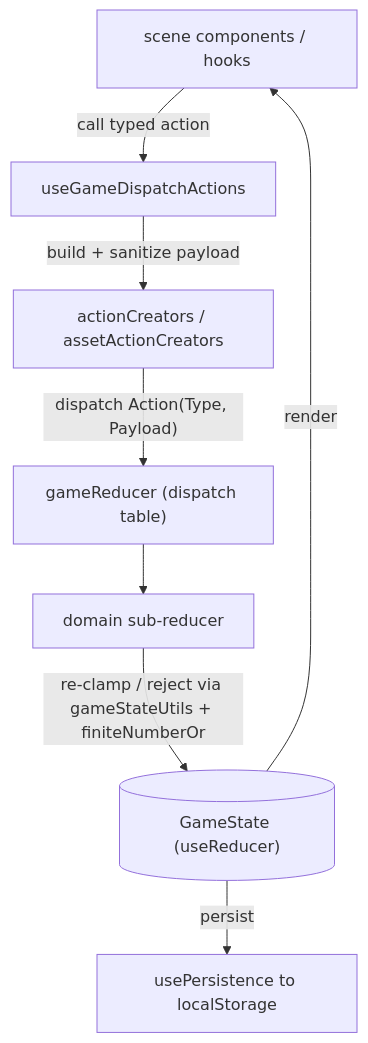
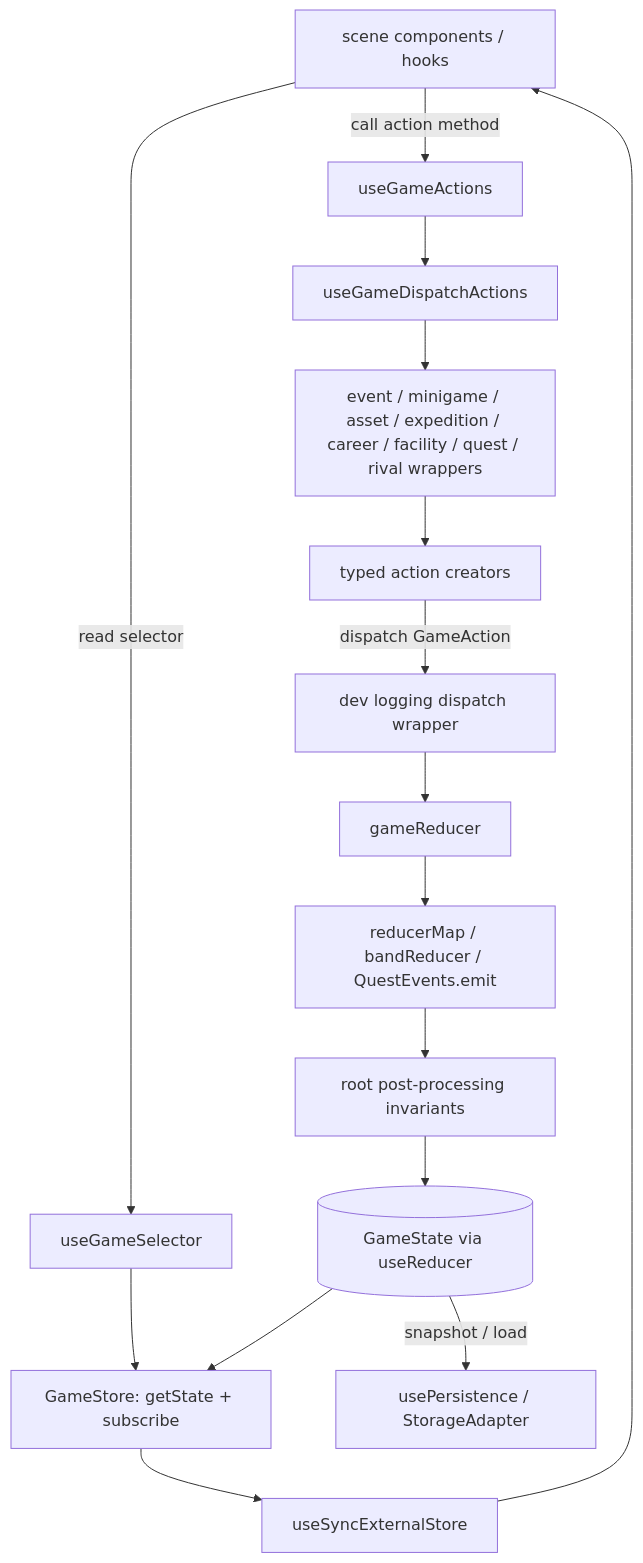
One commit to DaFum/neurotoxic-game changed the third of 3 diagrams in docs/state-machine.md. Above: the diagram before and after it, drawn with Mermaid. The commit also changed other lines of this file, not shown here.

Commit message:
docs: refresh state machine reference for expedition architecture

````diff
--- a/docs/state-machine.md
+++ b/docs/state-machine.md
@@ -72,10 +129,22 @@
 ```mermaid
 flowchart TD
-  UI["scene components / hooks"] -->|"call typed action"| DA["useGameDispatchActions"]
-  DA -->|"build + sanitize payload"| AC["actionCreators / assetActionCreators"]
-  AC -->|"dispatch Action(Type, Payload)"| RD["gameReducer (dispatch table)"]
-  RD --> SUB["domain sub-reducer"]
-  SUB -->|"re-clamp / reject via gameStateUtils + finiteNumberOr"| ST[("GameState (useReducer)")]
-  ST -->|"persist"| PS["usePersistence to localStorage"]
-  ST -->|"render"| UI
+  UI["scene components / hooks"]
+
+  UI -->|"read selector"| SEL["useGameSelector"]
+  SEL --> GS["GameStore: getState + subscribe"]
+  GS --> USS["useSyncExternalStore"]
+  USS --> UI
+
+  UI -->|"call action method"| GA["useGameActions"]
+  GA --> DA["useGameDispatchActions"]
+  DA --> DOMAIN["event / minigame / asset / expedition / career / facility / quest / rival wrappers"]
+  DOMAIN --> AC["typed action creators"]
+  AC -->|"dispatch GameAction"| LOG["dev logging dispatch wrapper"]
+  LOG --> RD["gameReducer"]
+  RD --> OWN["reducerMap / bandReducer / QuestEvents.emit"]
+  OWN --> POST["root post-processing invariants"]
+  POST --> ST[("GameState via useReducer")]
+
+  ST --> GS
+  ST -->|"snapshot / load"| PS["usePersistence / StorageAdapter"]
 ```
````
